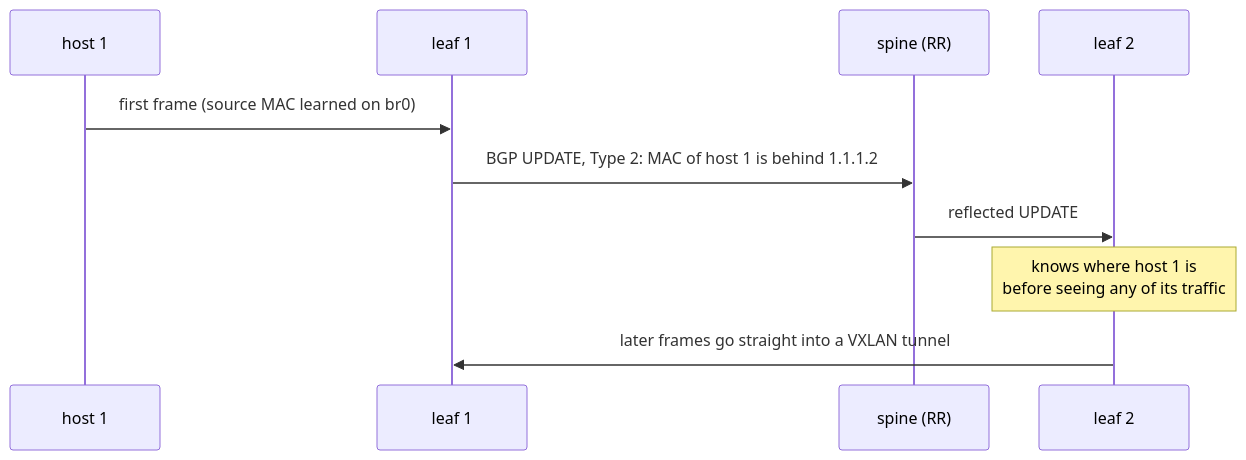
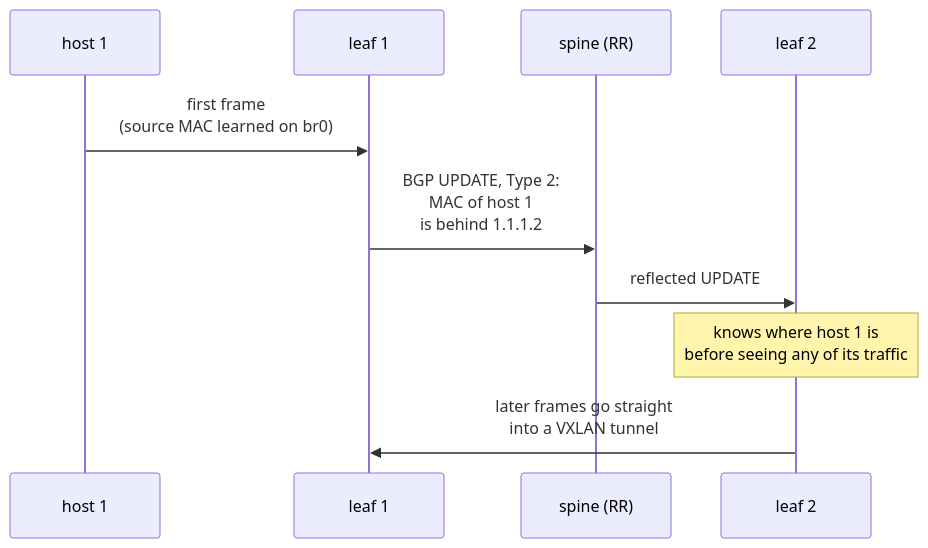
The second of 2 diagrams in content/posts/42/2025-05-15-badass-bgp-evpn-vxlan/en.md (PfClaKr/pfclakr.github.io), drawn with Mermaid before and after one commit. The commit also changed 16 other files, not shown here.

Commit message:
fix: keep mermaid diagrams readable on small screens

````diff
--- a/content/posts/42/2025-05-15-badass-bgp-evpn-vxlan/en.md
+++ b/content/posts/42/2025-05-15-badass-bgp-evpn-vxlan/en.md
@@ -146,12 +146,12 @@
 ```mermaid
 sequenceDiagram
     participant H1 as host 1
     participant L1 as leaf 1
     participant RR as spine (RR)
     participant L2 as leaf 2
-    H1->>L1: first frame (source MAC learned on br0)
-    L1->>RR: BGP UPDATE, Type 2: MAC of host 1 is behind 1.1.1.2
+    H1->>L1: first frame<br/>(source MAC learned on br0)
+    L1->>RR: BGP UPDATE, Type 2:<br/>MAC of host 1<br/>is behind 1.1.1.2
     RR->>L2: reflected UPDATE
     Note over L2: knows where host 1 is<br/>before seeing any of its traffic
-    L2->>L1: later frames go straight into a VXLAN tunnel
+    L2->>L1: later frames go straight<br/>into a VXLAN tunnel
 ```
````
